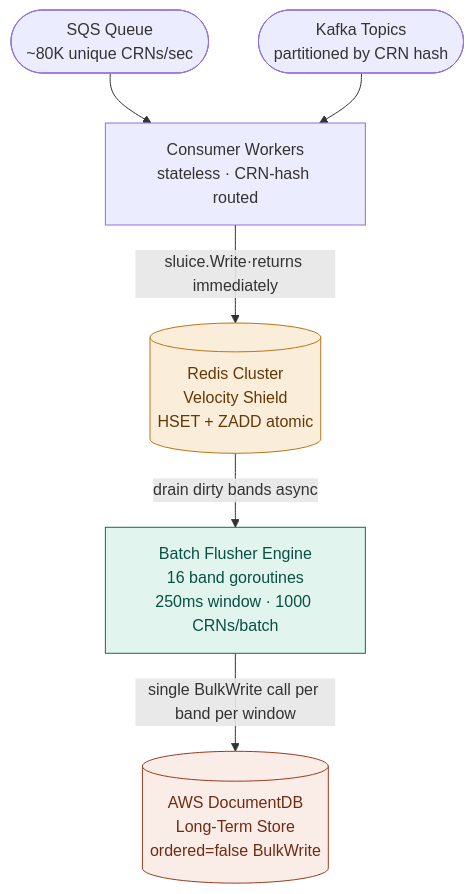
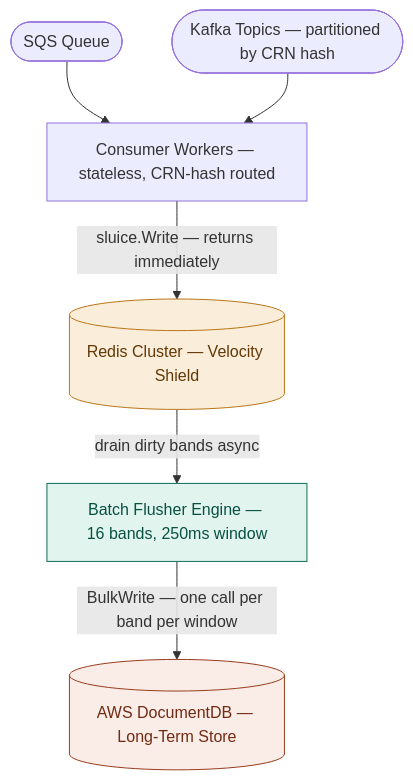
Before and after one commit to hussainpithawala/sluice-go: the second of 8 diagrams in README.md, drawn with Mermaid. The commit also changed other lines of this file, not shown here.

````diff
--- a/README.md
+++ b/README.md
@@ -44,19 +47,19 @@
 ```mermaid
 flowchart TD
-    SQS([SQS Queue\n~80K unique CRNs/sec])
-    KAF([Kafka Topics\npartitioned by CRN hash])
-    CON[Consumer Workers\nstateless · CRN-hash routed]
-    RED[(Redis Cluster\nVelocity Shield\nHSET + ZADD atomic)]
-    ENG[Batch Flusher Engine\n16 band goroutines\n250ms window · 1000 CRNs/batch]
-    DB[(AWS DocumentDB\nLong-Term Store\nordered=false BulkWrite)]
+    SQS(["SQS Queue"])
+    KAF(["Kafka Topics — partitioned by CRN hash"])
+    CON["Consumer Workers — stateless, CRN-hash routed"]
+    RED[("Redis Cluster — Velocity Shield")]
+    ENG["Batch Flusher Engine — 16 bands, 250ms window"]
+    DB[("AWS DocumentDB — Long-Term Store")]
 
     SQS --> CON
     KAF --> CON
-    CON -->|sluice.Write·returns immediately| RED
+    CON -->|"sluice.Write — returns immediately"| RED
     RED -->|drain dirty bands async| ENG
-    ENG -->|single BulkWrite call per band per window| DB
+    ENG -->|"BulkWrite — one call per band per window"| DB
 
     style RED fill:#FAEEDA,stroke:#BA7517,color:#633806
     style ENG fill:#E1F5EE,stroke:#0F6E56,color:#085041
     style DB  fill:#FAECE7,stroke:#993C1D,color:#712B13
 ```
````
